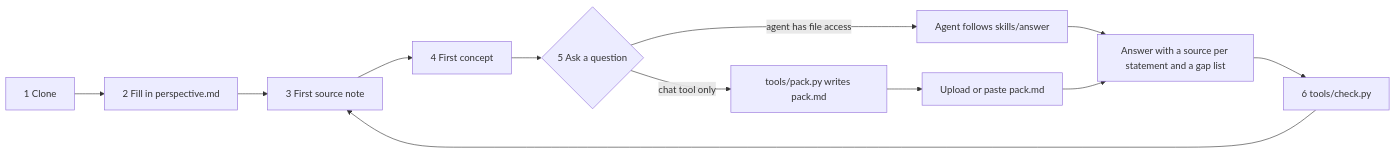
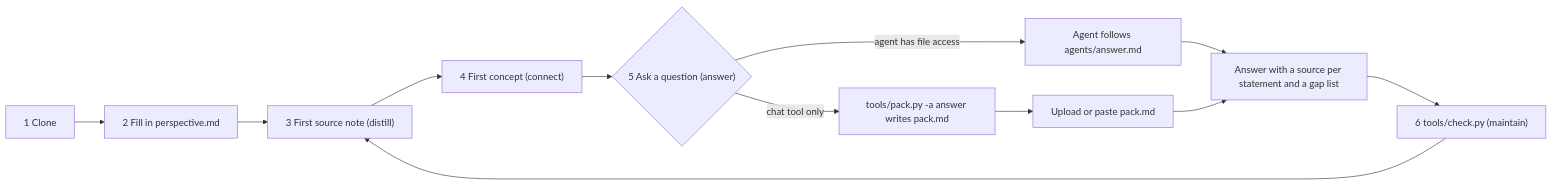
One commit to danib8005/Zettelkasten-hub changed the third of 3 diagrams in docs/diagrams.md. Above: the diagram before and after it, drawn with Mermaid. The commit also changed other lines of this file and 9 other files, not shown here.

Commit message:
Step 6: README 'How it works' with the loop, updated guide, architecture, diagrams, standards, acceptance; example capture and open question

````diff
--- a/docs/diagrams.md
+++ b/docs/diagrams.md
@@ -28,13 +39,13 @@
 ```mermaid
 flowchart LR
   S1["1 Clone"] --> S2["2 Fill in perspective.md"]
-  S2 --> S3["3 First source note"]
-  S3 --> S4["4 First concept"]
-  S4 --> S5{"5 Ask a question"}
-  S5 -- "agent has file access" --> F["Agent follows skills/answer"]
-  S5 -- "chat tool only" --> PK["tools/pack.py writes pack.md"] --> F2["Upload or paste pack.md"]
+  S2 --> S3["3 First source note (distill)"]
+  S3 --> S4["4 First concept (connect)"]
+  S4 --> S5{"5 Ask a question (answer)"}
+  S5 -- "agent has file access" --> F["Agent follows agents/answer.md"]
+  S5 -- "chat tool only" --> PK["tools/pack.py -a answer writes pack.md"] --> F2["Upload or paste pack.md"]
   F --> ANS["Answer with a source per statement and a gap list"]
   F2 --> ANS
-  ANS --> S6["6 tools/check.py"]
+  ANS --> S6["6 tools/check.py (maintain)"]
   S6 --> S3
 ```
````
